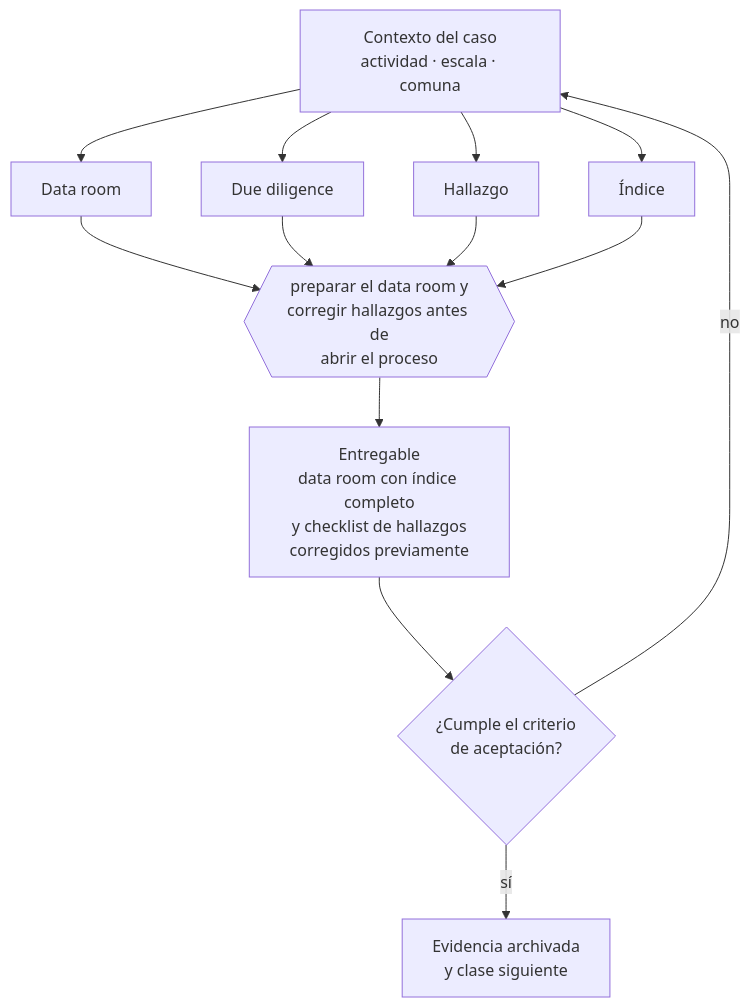
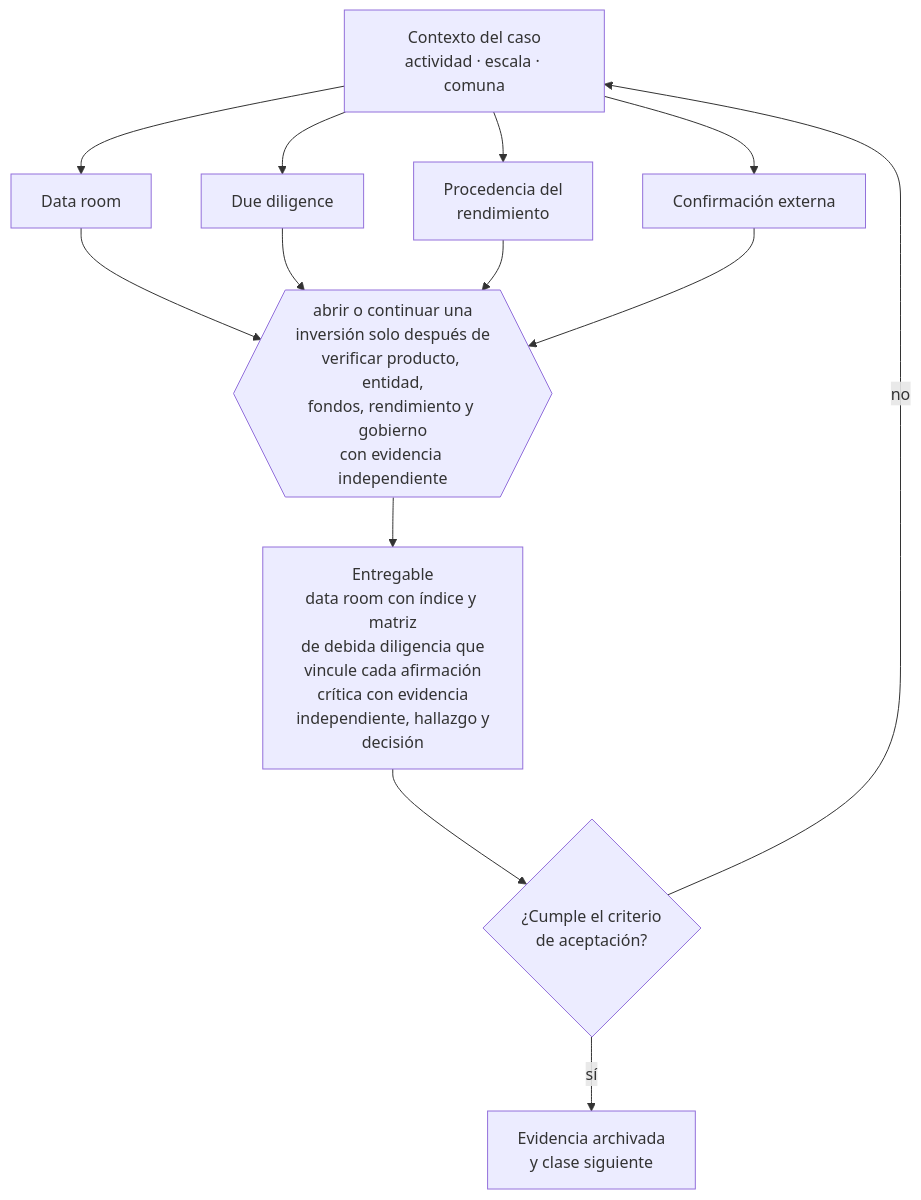
The diagram in curriculum/part-16-financiamiento-banca-fondos-e-inversion/class-13-data-room-y-due-diligence-de-inversion/README.md (vladimiracunadev-create/modern-business-creation-program), drawn with Mermaid before and after one commit. The commit also changed other lines of this file and 32 other files, not shown here.

````diff
--- a/curriculum/part-16-financiamiento-banca-fondos-e-inversion/class-13-data-room-y-due-diligence-de-inversion/README.md
+++ b/curriculum/part-16-financiamiento-banca-fondos-e-inversion/class-13-data-room-y-due-diligence-de-inversion/README.md
@@ -34,13 +34,13 @@
 ```mermaid
 flowchart TB
     C["Contexto del caso<br/>actividad · escala · comuna"]
     C --> A1["Data room"]
     C --> A2["Due diligence"]
-    C --> A3["Hallazgo"]
-    C --> A4["Índice"]
-    A1 & A2 & A3 & A4 --> D{{"preparar el data room y<br/>corregir hallazgos antes de<br/>abrir el proceso"}}
-    D --> E["Entregable<br/>data room con índice completo<br/>y checklist de hallazgos<br/>corregidos previamente"]
+    C --> A3["Procedencia del<br/>rendimiento"]
+    C --> A4["Confirmación externa"]
+    A1 & A2 & A3 & A4 --> D{{"abrir o continuar una<br/>inversión solo después de<br/>verificar producto, entidad,<br/>fondos, rendimiento y gobierno<br/>con evidencia independiente"}}
+    D --> E["Entregable<br/>data room con índice y matriz<br/>de debida diligencia que<br/>vincule cada afirmación<br/>crítica con evidencia<br/>independiente, hallazgo y<br/>decisión"]
     E --> V{"¿Cumple el criterio<br/>de aceptación?"}
     V -->|sí| S["Evidencia archivada<br/>y clase siguiente"]
     V -->|no| C
 ```
````
